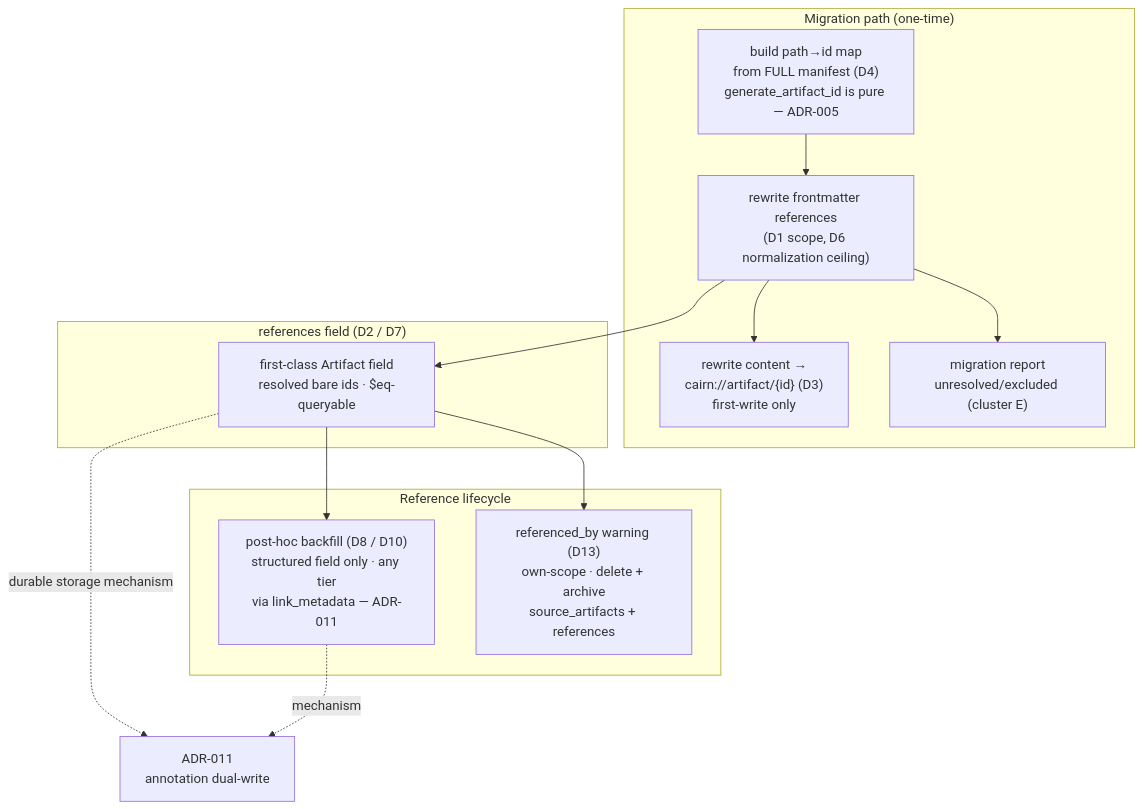
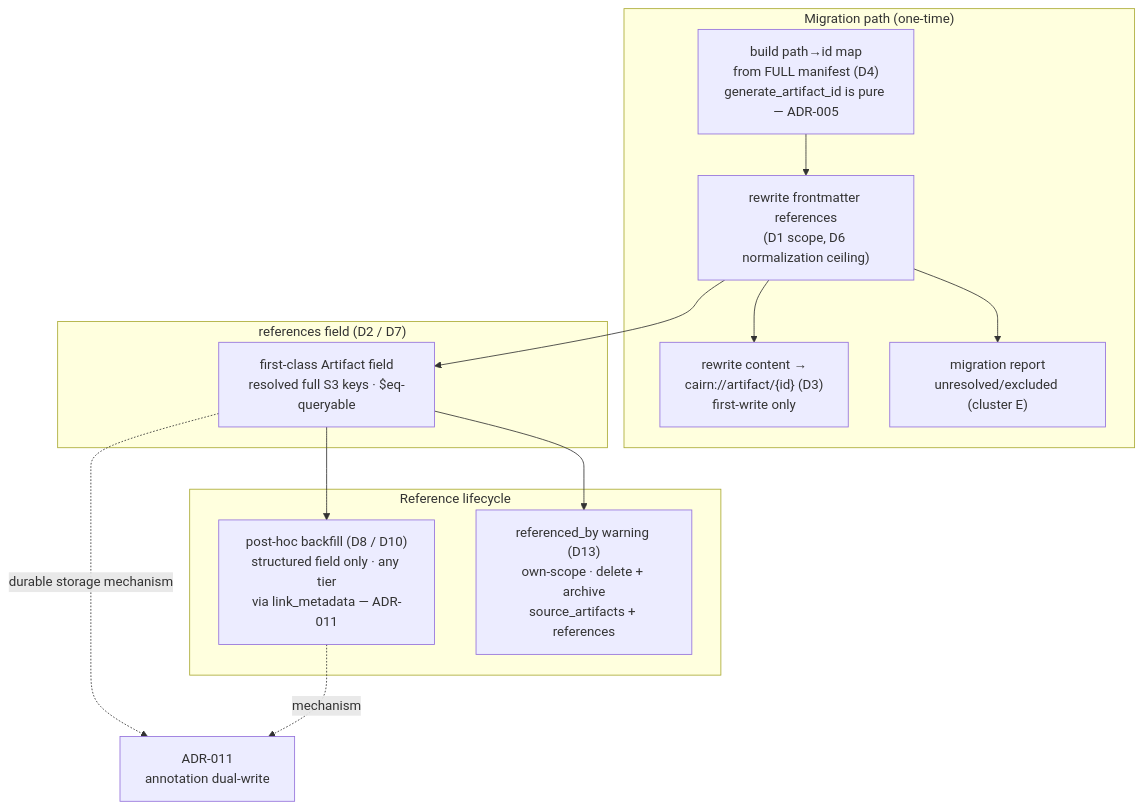
Before and after one commit to amanoxsolutions/arkeology: the diagram in docs/architecture-decisions/adr-2026-07-03-artifact-cross-referencing.md, drawn with Mermaid. The commit also changed other lines of this file, not shown here.

First line of the commit message:
📝 docs: reword ADR-012 references to full S3 key (Phase 12 review C1)

````diff
--- a/docs/architecture-decisions/adr-2026-07-03-artifact-cross-referencing.md
+++ b/docs/architecture-decisions/adr-2026-07-03-artifact-cross-referencing.md
@@ -245,26 +245,26 @@
 ```mermaid
 graph TD
     subgraph Migration["Migration path (one-time)"]
         MAP["build path→id map\nfrom FULL manifest (D4)\ngenerate_artifact_id is pure — ADR-005"]
         REW["rewrite frontmatter references\n(D1 scope, D6 normalization ceiling)"]
         CON["rewrite content →\ncairn://artifact/{id} (D3)\nfirst-write only"]
         RPT["migration report\nunresolved/excluded (cluster E)"]
         MAP --> REW --> CON
         REW --> RPT
     end
 
     subgraph Field["references field (D2 / D7)"]
-        F["first-class Artifact field\nresolved bare ids · $eq-queryable"]
+        F["first-class Artifact field\nresolved full S3 keys · $eq-queryable"]
     end
 
     subgraph Lifecycle["Reference lifecycle"]
         BF["post-hoc backfill (D8 / D10)\nstructured field only · any tier\nvia link_metadata — ADR-011"]
         RB["referenced_by warning (D13)\nown-scope · delete + archive\nsource_artifacts + references"]
     end
 
     REW --> F
     F --> BF
     F --> RB
     F -. "durable storage mechanism" .-> ADR011["ADR-011\nannotation dual-write"]
     BF -. "mechanism" .-> ADR011
 ```
````
